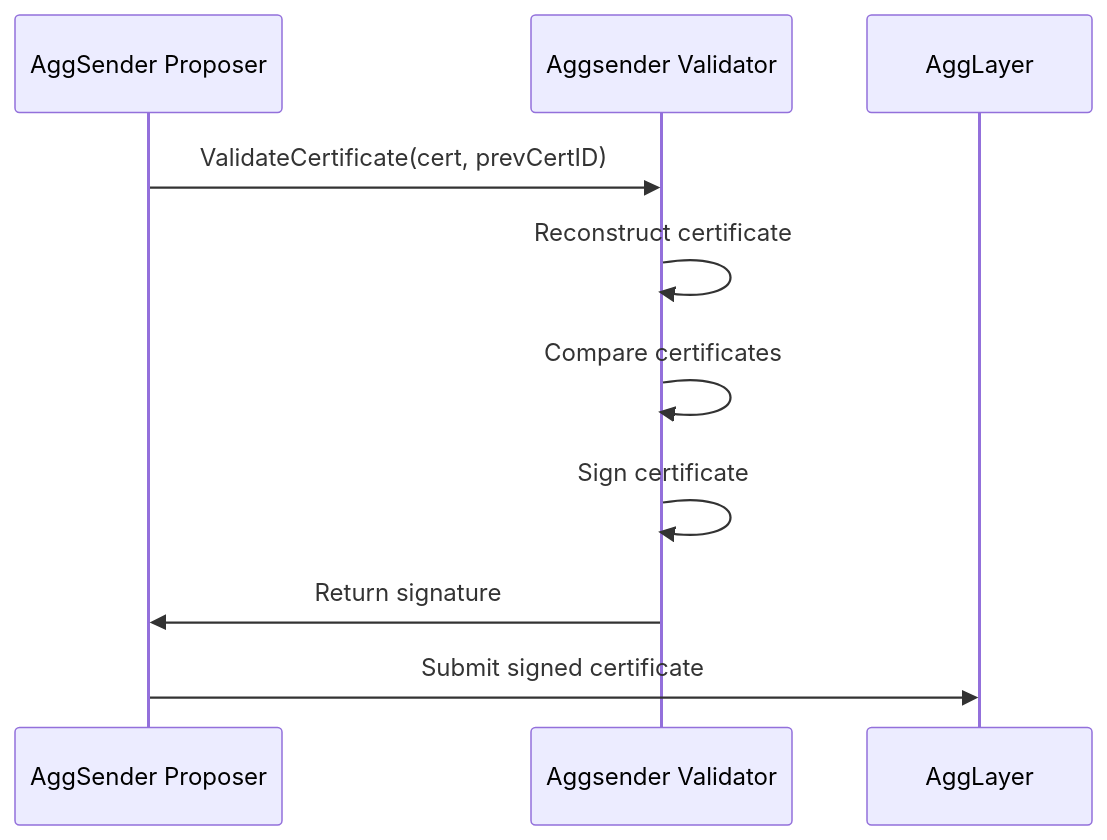
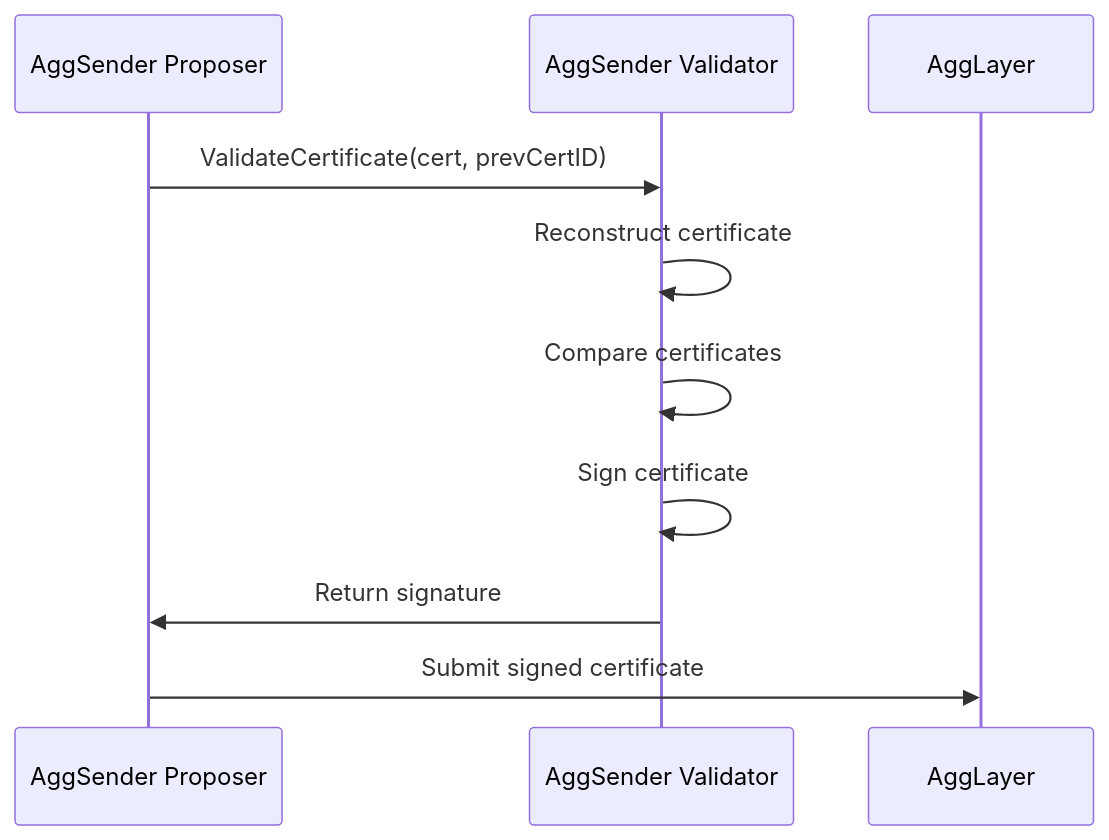
Before and after one commit to agglayer/aggkit: the second of 2 diagrams in docs/aggsender_validator.md, drawn with Mermaid. The commit also changed other lines of this file, not shown here.

````diff
--- a/docs/aggsender_validator.md
+++ b/docs/aggsender_validator.md
@@ -212,13 +219,13 @@
 ```mermaid
 sequenceDiagram
     participant AP as AggSender Proposer
-    participant AV as Aggsender Validator
+    participant AV as AggSender Validator
     participant AL as AggLayer
     
     AP->>AV: ValidateCertificate(cert, prevCertID)
     AV->>AV: Reconstruct certificate
     AV->>AV: Compare certificates
     AV->>AV: Sign certificate
     AV->>AP: Return signature
     AP->>AL: Submit signed certificate
 ```
````
